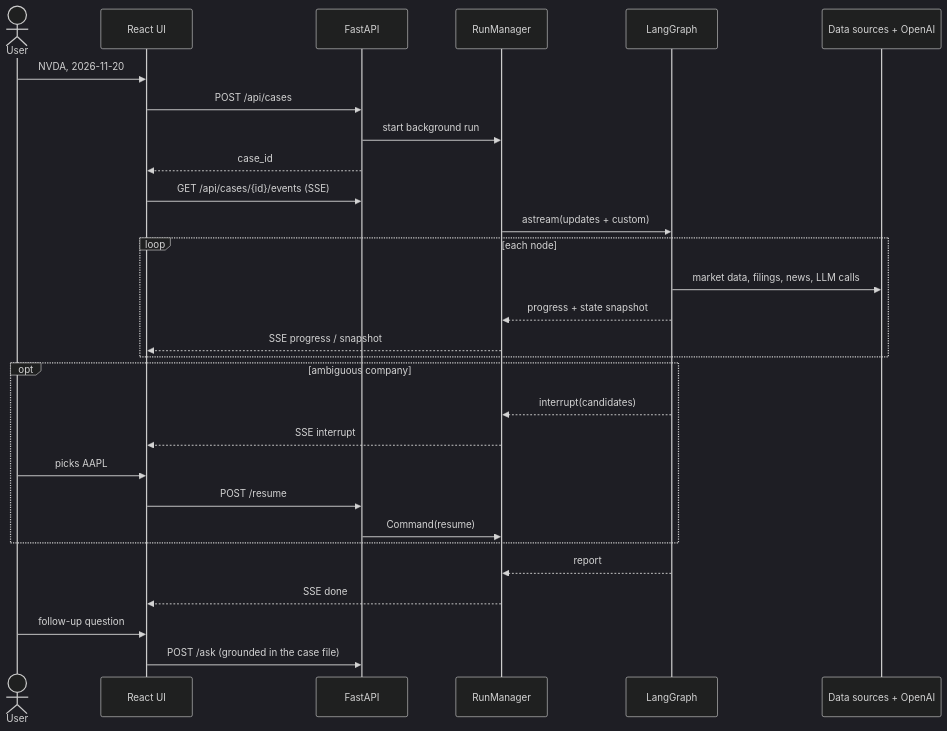
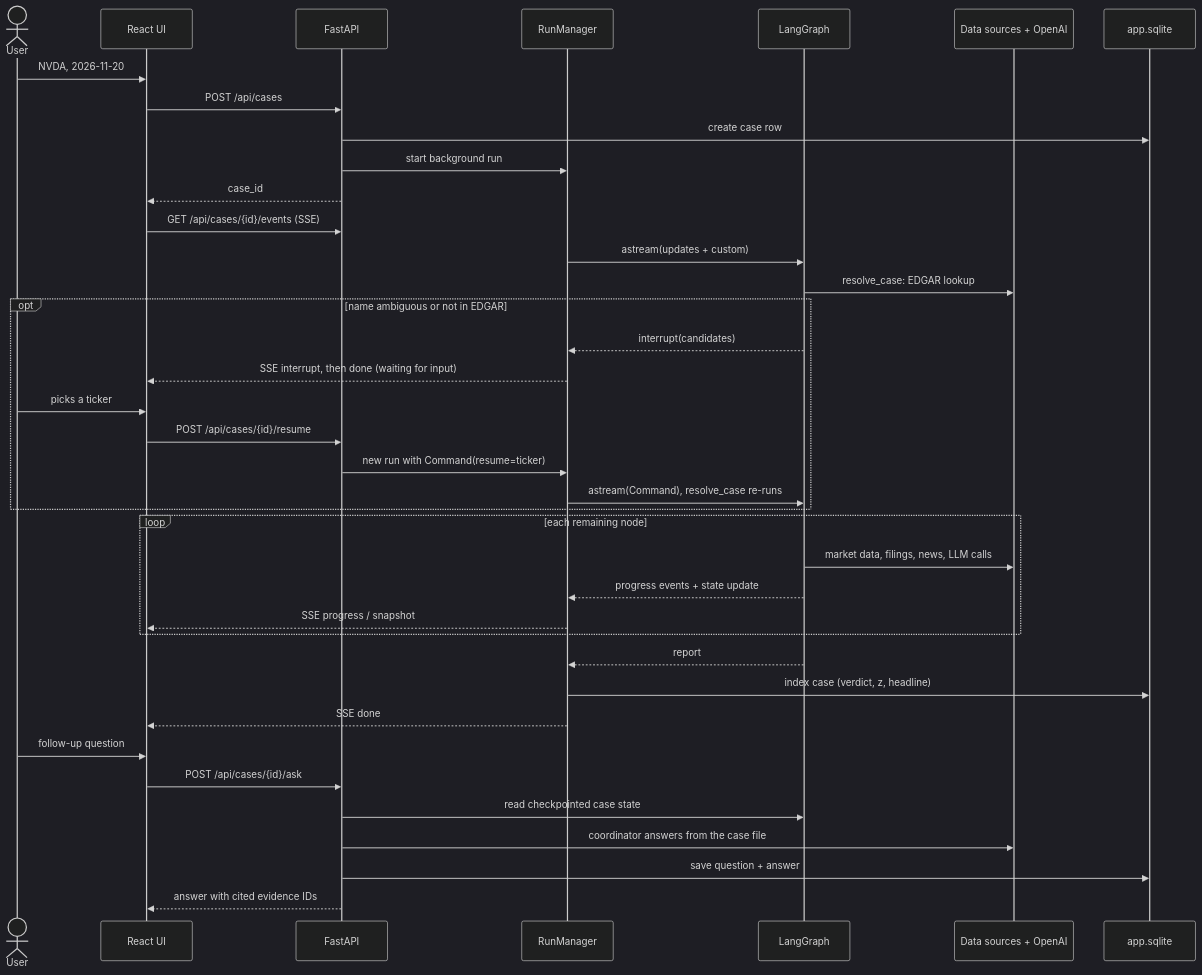
One commit to waizin28/market-detective-agent changed the third of 3 diagrams in docs/architecture.md. Above: the diagram before and after it, drawn with Mermaid (dark theme). The commit also changed other lines of this file and 1 other file, not shown here.

First line of the commit message:
Correct architecture diagrams and add a printable PDF

````diff
--- a/docs/architecture.md
+++ b/docs/architecture.md
@@ -95,32 +108,41 @@
 ```mermaid
 sequenceDiagram
     actor U as User
     participant UI as React UI
     participant API as FastAPI
     participant RM as RunManager
     participant LG as LangGraph
     participant EXT as Data sources + OpenAI
+    participant DB as app.sqlite
 
     U->>UI: NVDA, 2026-11-20
     UI->>API: POST /api/cases
+    API->>DB: create case row
     API->>RM: start background run
     API-->>UI: case_id
     UI->>API: GET /api/cases/{id}/events (SSE)
     RM->>LG: astream(updates + custom)
-    loop each node
+    LG->>EXT: resolve_case: EDGAR lookup
+    opt name ambiguous or not in EDGAR
+        LG-->>RM: interrupt(candidates)
+        RM-->>UI: SSE interrupt, then done (waiting for input)
+        U->>UI: picks a ticker
+        UI->>API: POST /api/cases/{id}/resume
+        API->>RM: new run with Command(resume=ticker)
+        RM->>LG: astream(Command), resolve_case re-runs
+    end
+    loop each remaining node
         LG->>EXT: market data, filings, news, LLM calls
-        LG-->>RM: progress + state snapshot
+        LG-->>RM: progress events + state update
         RM-->>UI: SSE progress / snapshot
     end
-    opt ambiguous company
-        LG-->>RM: interrupt(candidates)
-        RM-->>UI: SSE interrupt
-        U->>UI: picks AAPL
-        UI->>API: POST /resume
-        API->>RM: Command(resume)
-    end
     LG-->>RM: report
+    RM->>DB: index case (verdict, z, headline)
     RM-->>UI: SSE done
     U->>UI: follow-up question
-    UI->>API: POST /ask (grounded in the case file)
+    UI->>API: POST /api/cases/{id}/ask
+    API->>LG: read checkpointed case state
+    API->>EXT: coordinator answers from the case file
+    API->>DB: save question + answer
+    API-->>UI: answer with cited evidence IDs
 ```
````
